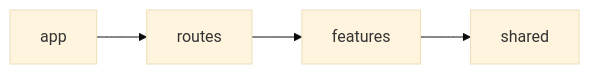
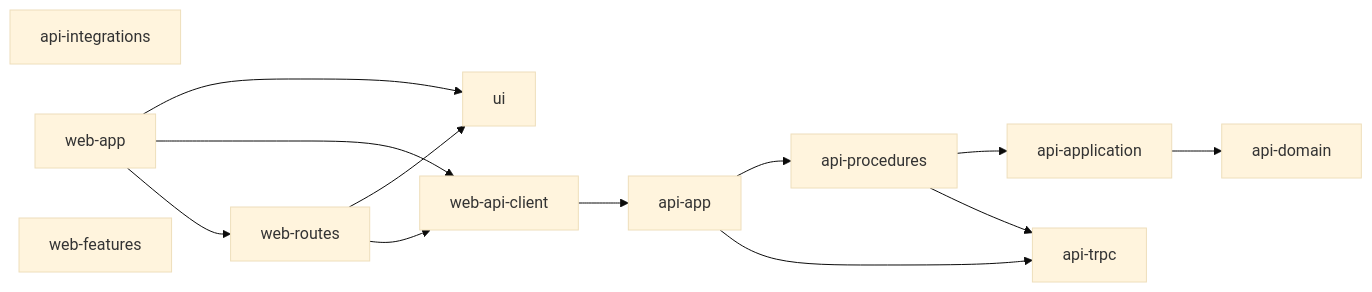
Before and after one commit to BenSheridanEdwards/AgenticRepoTemplate: the diagram in docs/architecture/roles.mmd, drawn with Mermaid (base theme). The commit also changed 21 other files, not shown here.

```diff
--- a/docs/architecture/roles.mmd
+++ b/docs/architecture/roles.mmd
@@ -1,9 +1,24 @@
 %% Generated by `pnpm arch:diagram` from .fallowrc.jsonc. Edit the rules file, not this file.
 flowchart LR
-  app["app"]
-  features["features"]
-  routes["routes"]
-  shared["shared"]
-  app --> routes
-  features --> shared
-  routes --> features
+  api_app["api-app"]
+  api_application["api-application"]
+  api_domain["api-domain"]
+  api_integrations["api-integrations"]
+  api_procedures["api-procedures"]
+  api_trpc["api-trpc"]
+  ui["ui"]
+  web_api_client["web-api-client"]
+  web_app["web-app"]
+  web_features["web-features"]
+  web_routes["web-routes"]
+  api_app --> api_procedures
+  api_app --> api_trpc
+  api_application --> api_domain
+  api_procedures --> api_application
+  api_procedures --> api_trpc
+  web_api_client --> api_app
+  web_app --> ui
+  web_app --> web_api_client
+  web_app --> web_routes
+  web_routes --> ui
+  web_routes --> web_api_client
```
